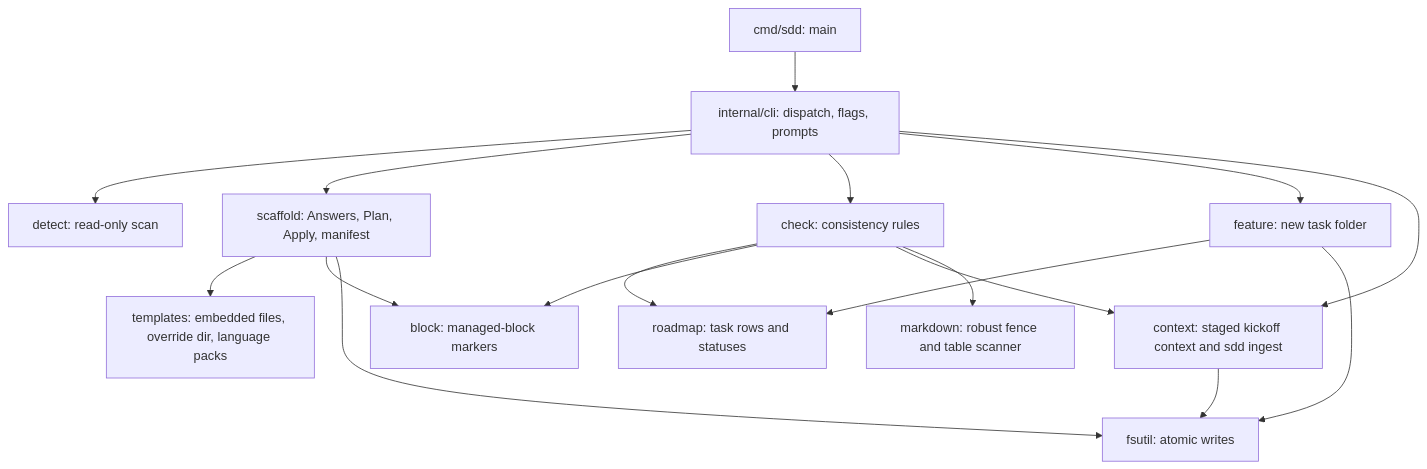
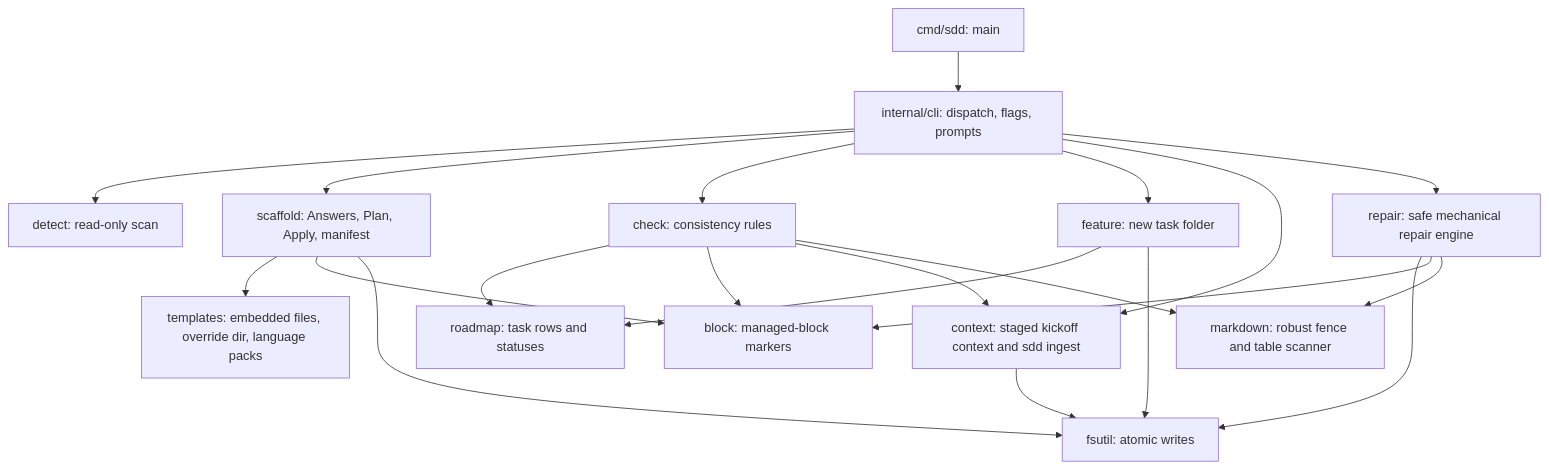
One commit to vikashkumar21/sdd changed the diagram in TECH_STACK.md. Above: the diagram before and after it, drawn with Mermaid. The commit also changed other lines of this file and 10 other files, not shown here.

Commit message:
feat(repair): add safe interactive repair command sdd check --fix (T-012)

````diff
--- a/TECH_STACK.md
+++ b/TECH_STACK.md
@@ -38,19 +38,23 @@
 ```mermaid
 flowchart TD
     M["cmd/sdd: main"] --> C["internal/cli: dispatch, flags, prompts"]
     C --> D["detect: read-only scan"]
     C --> S["scaffold: Answers, Plan, Apply, manifest"]
     S --> T["templates: embedded files, override dir, language packs"]
     S --> B["block: managed-block markers"]
     S --> U["fsutil: atomic writes"]
     C --> K["check: consistency rules"]
     K --> R["roadmap: task rows and statuses"]
     K --> B
     C --> F["feature: new task folder"]
     F --> R
     F --> U
     C --> X["context: staged kickoff context and sdd ingest"]
     X --> U
     K --> X
     K --> P["markdown: robust fence and table scanner"]
+    C --> Y["repair: safe mechanical repair engine"]
+    Y --> U
+    Y --> B
+    Y --> P
 ```
````
